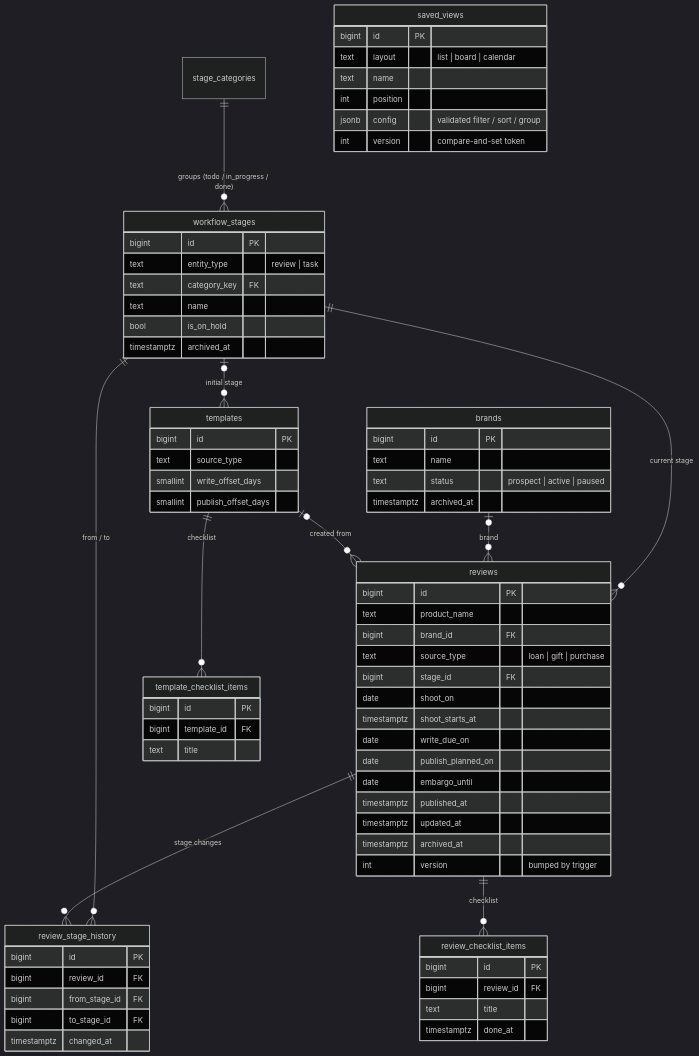
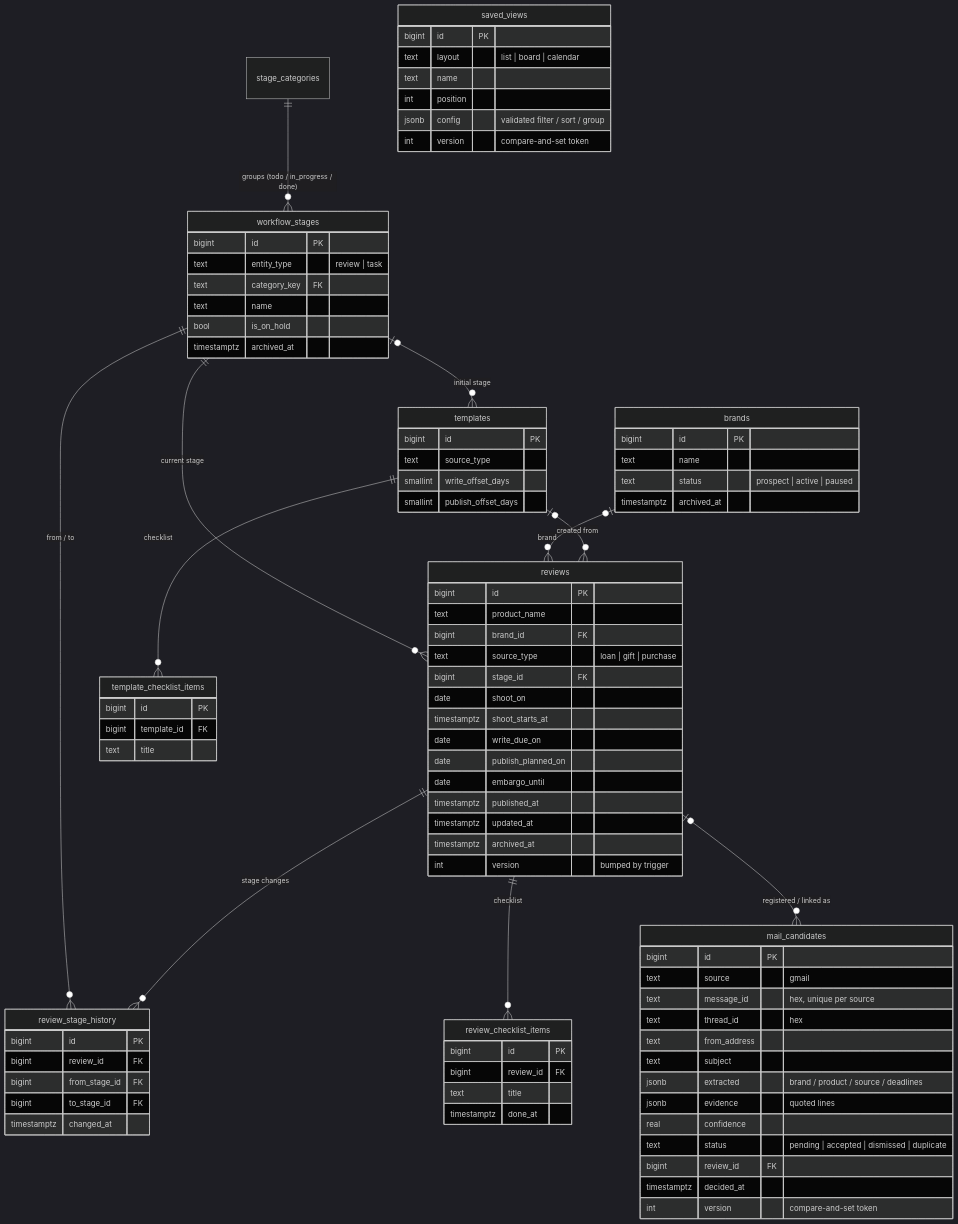
Before and after one commit to lubydubybubu/review-ops-dashboard: the second of 2 diagrams in README.md, drawn with Mermaid (dark theme). The commit also changed other lines of this file and 41 other files, not shown here.

````diff
--- a/README.md
+++ b/README.md
@@ -104,6 +116,7 @@
   templates |o--o{ reviews : "created from"
   reviews ||--o{ review_stage_history : "stage changes"
   reviews ||--o{ review_checklist_items : "checklist"
+  reviews |o--o{ mail_candidates : "registered / linked as"
 
   workflow_stages {
     bigint id PK
@@ -167,4 +180,19 @@
     jsonb config "validated filter / sort / group"
     int version "compare-and-set token"
   }
+  mail_candidates {
+    bigint id PK
+    text source "gmail"
+    text message_id "hex, unique per source"
+    text thread_id "hex"
+    text from_address
+    text subject
+    jsonb extracted "brand / product / source / deadlines"
+    jsonb evidence "quoted lines"
+    real confidence
+    text status "pending | accepted | dismissed | duplicate"
+    bigint review_id FK
+    timestamptz decided_at
+    int version "compare-and-set token"
+  }
 ```
````
